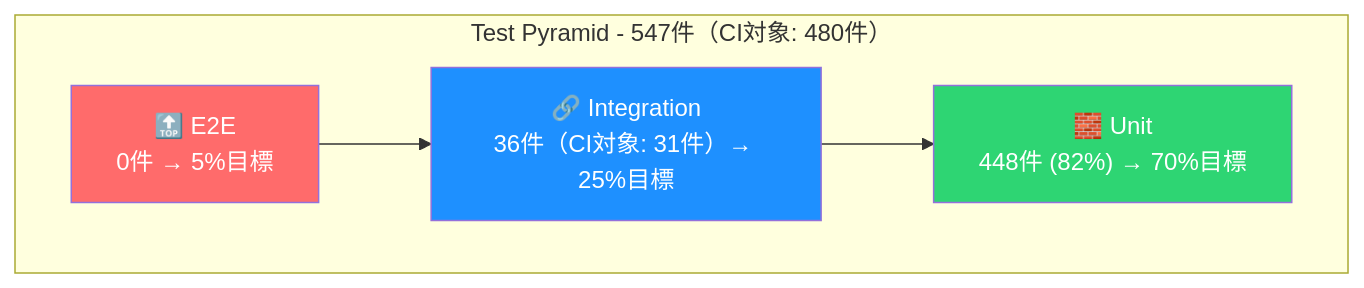
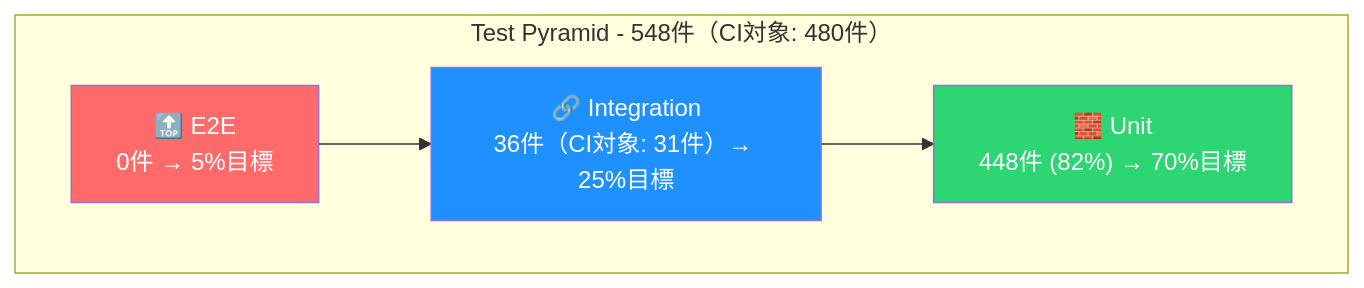
One commit to yaoki-dev/api-test-devops-portfolio changed the second of 3 diagrams in README.md. Above: the diagram before and after it, drawn with Mermaid. The commit also changed other lines of this file and 2 other files, not shown here.

````diff
--- a/README.md
+++ b/README.md
@@ -292,13 +292,13 @@
 ```mermaid
 graph TB
-    subgraph "Test Pyramid - 547件（CI対象: 480件）"
+    subgraph "Test Pyramid - 548件（CI対象: 480件）"
         E2E["🔝 E2E<br/>0件 → 5%目標"]
         Integration["🔗 Integration<br/>36件（CI対象: 31件）→ 25%目標"]
         Unit["🧱 Unit<br/>448件 (82%) → 70%目標"]
     end
     E2E --> Integration --> Unit
 
     style E2E fill:#ff6b6b,color:#fff
     style Integration fill:#1e90ff,color:#fff
     style Unit fill:#2ed573,color:#fff
 ```
````
